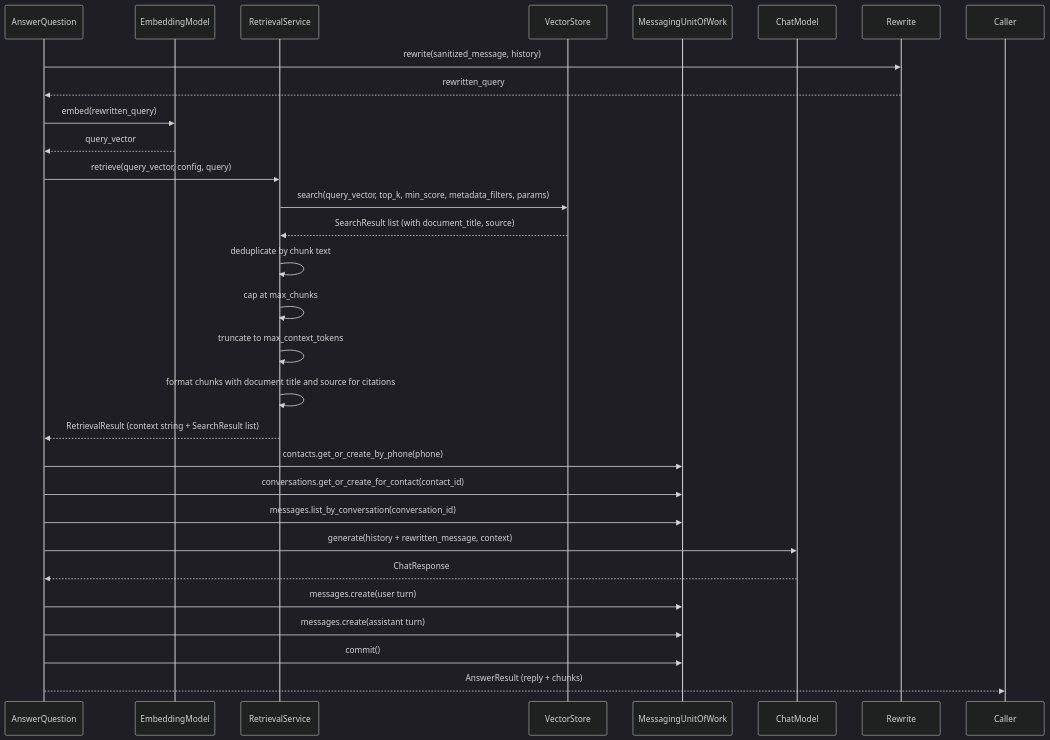
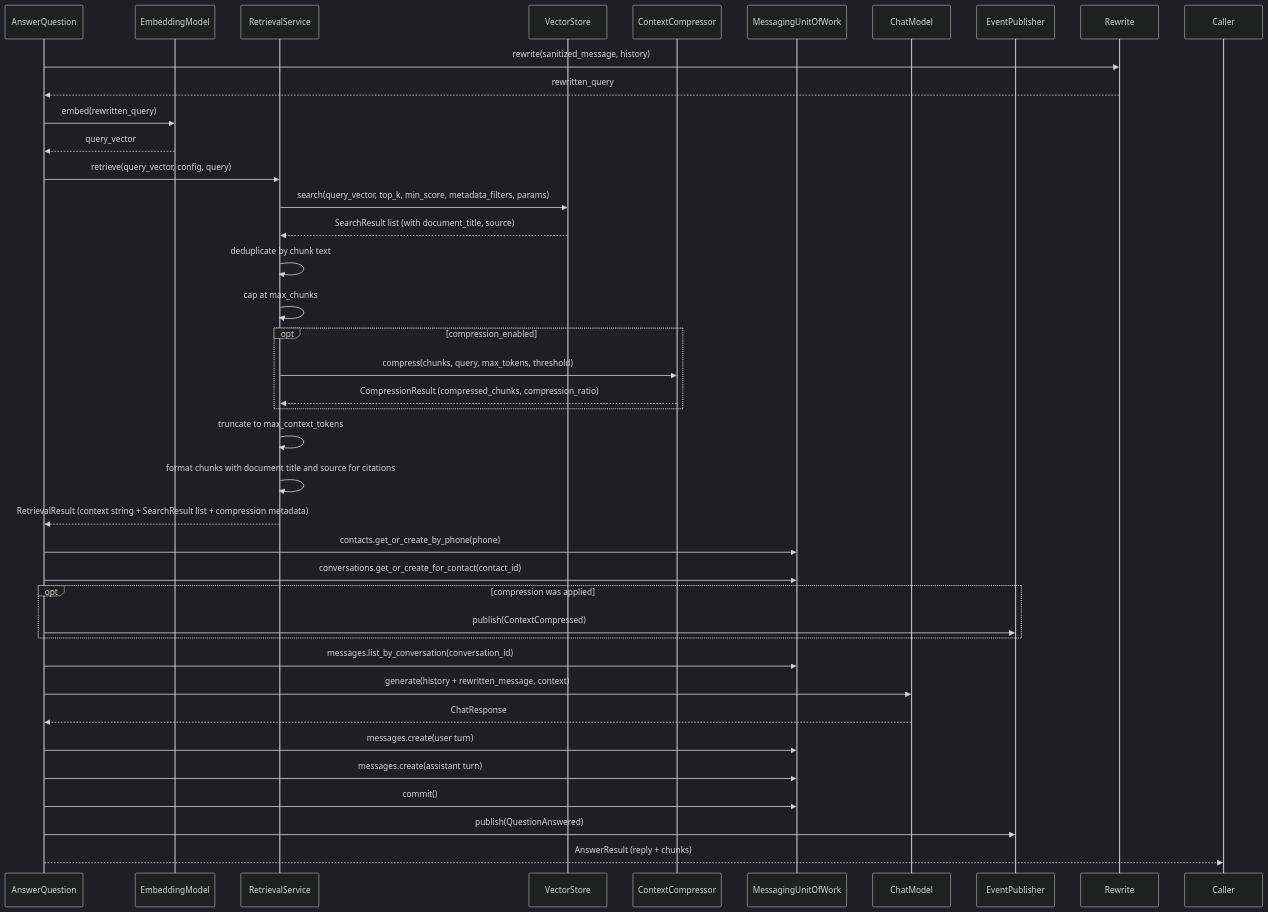
Before and after one commit to camercadop/knowledge-support-ai-agent: the first of 2 diagrams in app/application/support/README.md, drawn with Mermaid (dark theme). The commit also changed other lines of this file and 22 other files, not shown here.

Commit message:
feat(support): implement context compression with token-limit and MMR strategies

````diff
--- a/app/application/support/README.md
+++ b/app/application/support/README.md
@@ -36,31 +43,41 @@
 ```mermaid
 sequenceDiagram
     participant UC as AnswerQuestion
     participant Embed as EmbeddingModel
     participant RS as RetrievalService
     participant VS as VectorStore
+    participant CC as ContextCompressor
     participant UoW as MessagingUnitOfWork
     participant LLM as ChatModel
+    participant Bus as EventPublisher
 
     UC->>Rewrite: rewrite(sanitized_message, history)
     Rewrite-->>UC: rewritten_query
     UC->>Embed: embed(rewritten_query)
     Embed-->>UC: query_vector
     UC->>RS: retrieve(query_vector, config, query)
     RS->>VS: search(query_vector, top_k, min_score, metadata_filters, params)
     VS-->>RS: SearchResult list (with document_title, source)
     RS->>RS: deduplicate by chunk text
     RS->>RS: cap at max_chunks
+    opt compression_enabled
+        RS->>CC: compress(chunks, query, max_tokens, threshold)
+        CC-->>RS: CompressionResult (compressed_chunks, compression_ratio)
+    end
     RS->>RS: truncate to max_context_tokens
     RS->>RS: format chunks with document title and source for citations
-    RS-->>UC: RetrievalResult (context string + SearchResult list)
+    RS-->>UC: RetrievalResult (context string + SearchResult list + compression metadata)
     UC->>UoW: contacts.get_or_create_by_phone(phone)
     UC->>UoW: conversations.get_or_create_for_contact(contact_id)
+    opt compression was applied
+        UC->>Bus: publish(ContextCompressed)
+    end
     UC->>UoW: messages.list_by_conversation(conversation_id)
     UC->>LLM: generate(history + rewritten_message, context)
     LLM-->>UC: ChatResponse
     UC->>UoW: messages.create(user turn)
     UC->>UoW: messages.create(assistant turn)
     UC->>UoW: commit()
+    UC->>Bus: publish(QuestionAnswered)
     UC-->>Caller: AnswerResult (reply + chunks)
 ```
````
